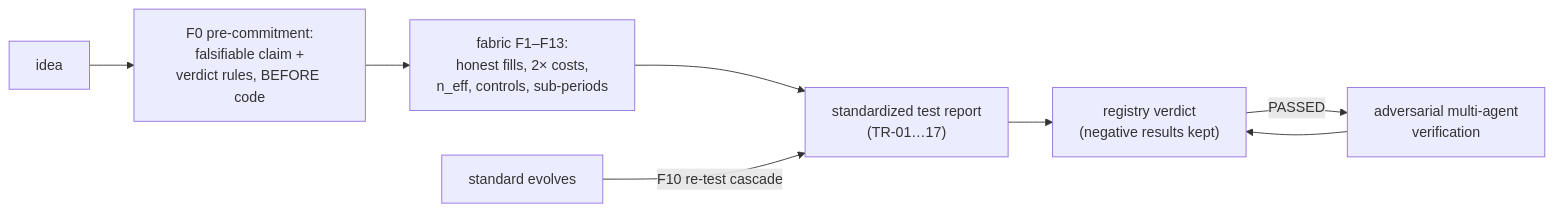
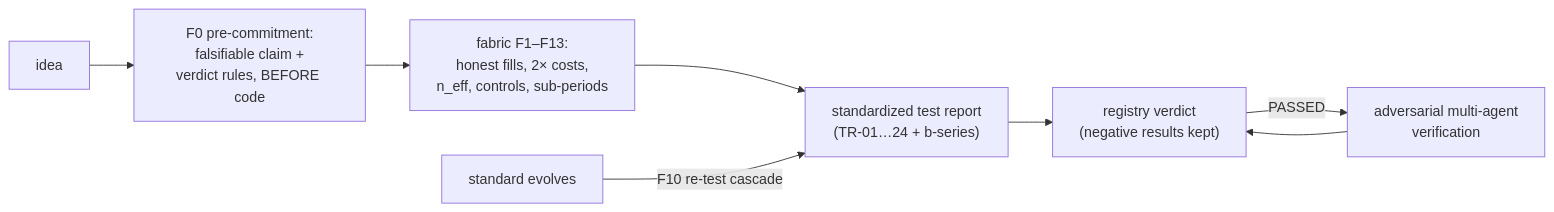
The first of 2 diagrams in README.md (romarin-hsieh/trading-analysis), drawn with Mermaid before and after one commit. The commit also changed other lines of this file and 8 other files, not shown here.

````diff
--- a/README.md
+++ b/README.md
@@ -75,10 +85,10 @@
 ```mermaid
 flowchart LR
     A[idea] --> B["F0 pre-commitment:<br/>falsifiable claim +<br/>verdict rules, BEFORE code"]
     B --> C["fabric F1–F13:<br/>honest fills, 2× costs,<br/>n_eff, controls, sub-periods"]
-    C --> D["standardized test report<br/>(TR-01…17)"]
+    C --> D["standardized test report<br/>(TR-01…24 + b-series)"]
     D --> E["registry verdict<br/>(negative results kept)"]
     E -- "PASSED" --> F["adversarial multi-agent<br/>verification"]
     F --> E
     G["standard evolves"] -- "F10 re-test cascade" --> D
 ```
````
